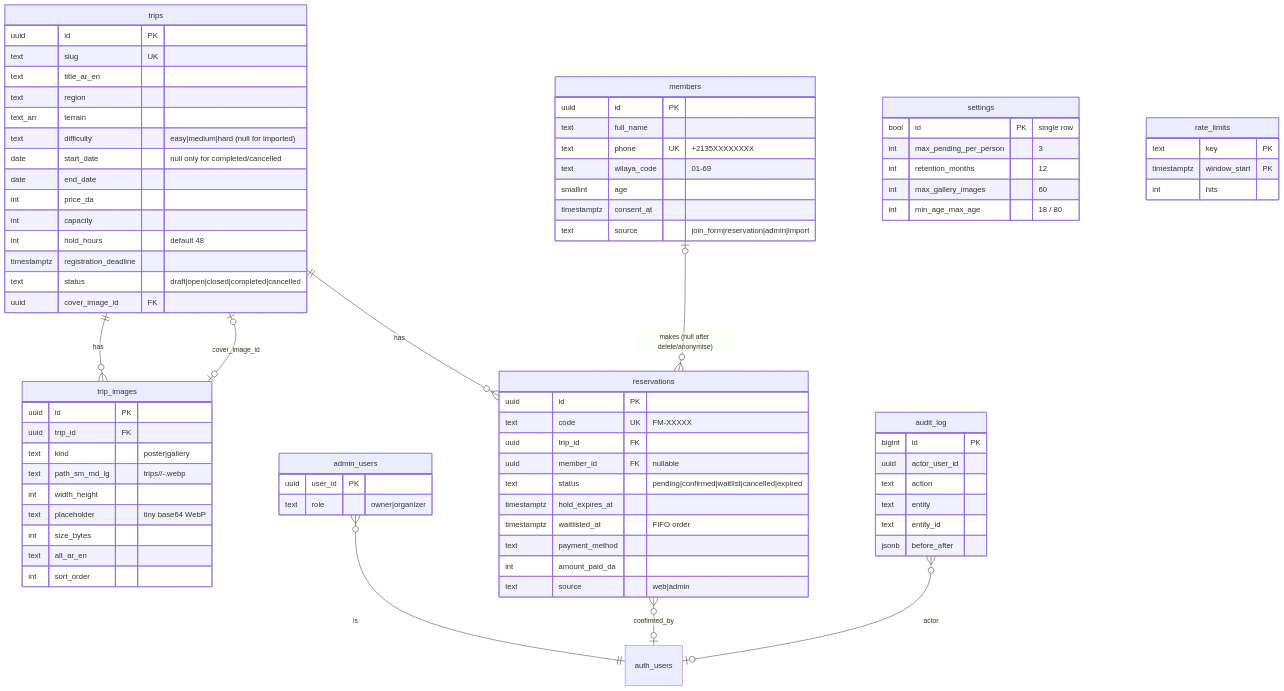
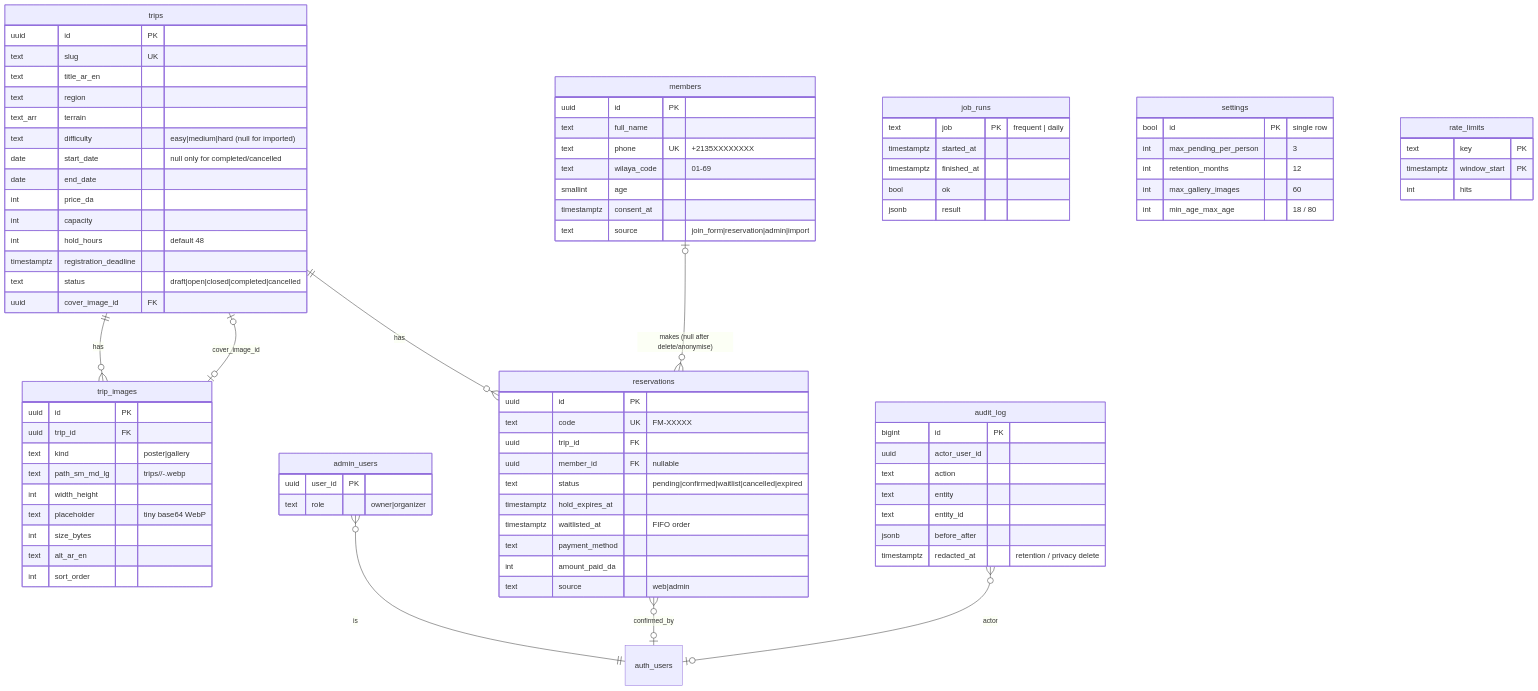
The diagram in docs/DATA_MODEL.md (Lak-MedRida027/Fresh-Move-Platform), drawn with Mermaid before and after one commit. The commit also changed other lines of this file and 30 other files, not shown here.

```diff
--- a/docs/DATA_MODEL.md
+++ b/docs/DATA_MODEL.md
@@ -73,6 +73,14 @@
     text entity
     text entity_id
     jsonb before_after
+    timestamptz redacted_at "retention / privacy delete"
+  }
+  job_runs {
+    text job PK "frequent | daily"
+    timestamptz started_at
+    timestamptz finished_at
+    bool ok
+    jsonb result
   }
   settings {
     bool id PK "single row"
```
